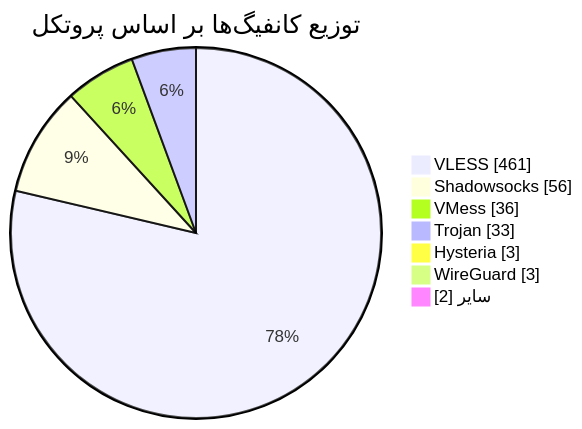
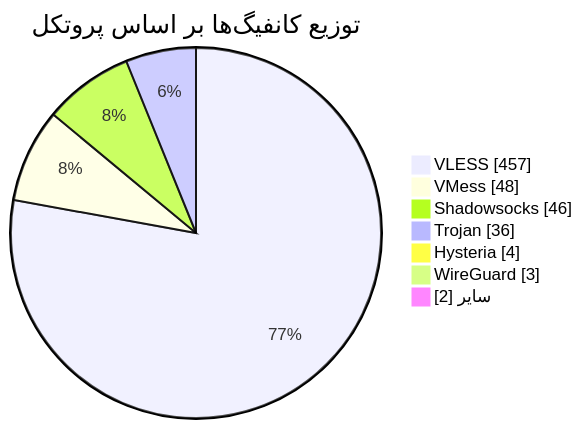
The diagram in README.md (Arian-Alijani/Somthing), drawn with Mermaid before and after one commit. The commit also changed other lines of this file and 17 other files, not shown here.

````diff
--- a/README.md
+++ b/README.md
@@ -49,11 +49,11 @@
 ```mermaid
 pie showData
     title توزیع کانفیگ‌ها بر اساس پروتکل
-    "VLESS" : 461
-    "Shadowsocks" : 56
-    "VMess" : 36
-    "Trojan" : 33
-    "Hysteria" : 3
+    "VLESS" : 457
+    "VMess" : 48
+    "Shadowsocks" : 46
+    "Trojan" : 36
+    "Hysteria" : 4
     "WireGuard" : 3
     "سایر" : 2
 ```
````
